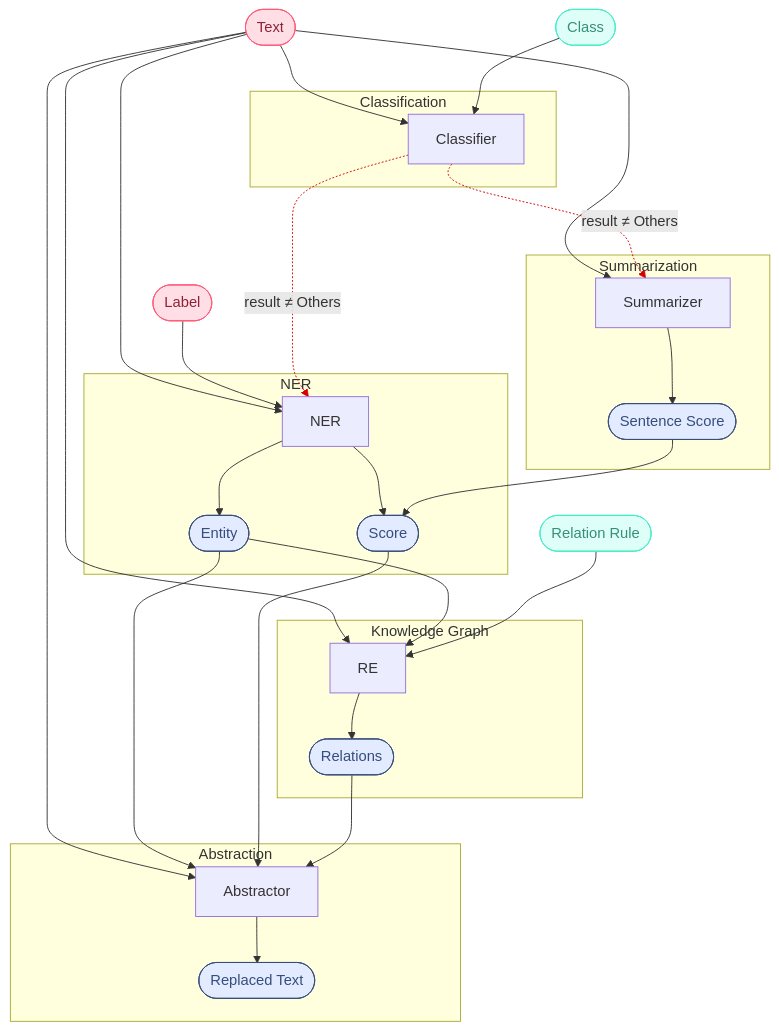
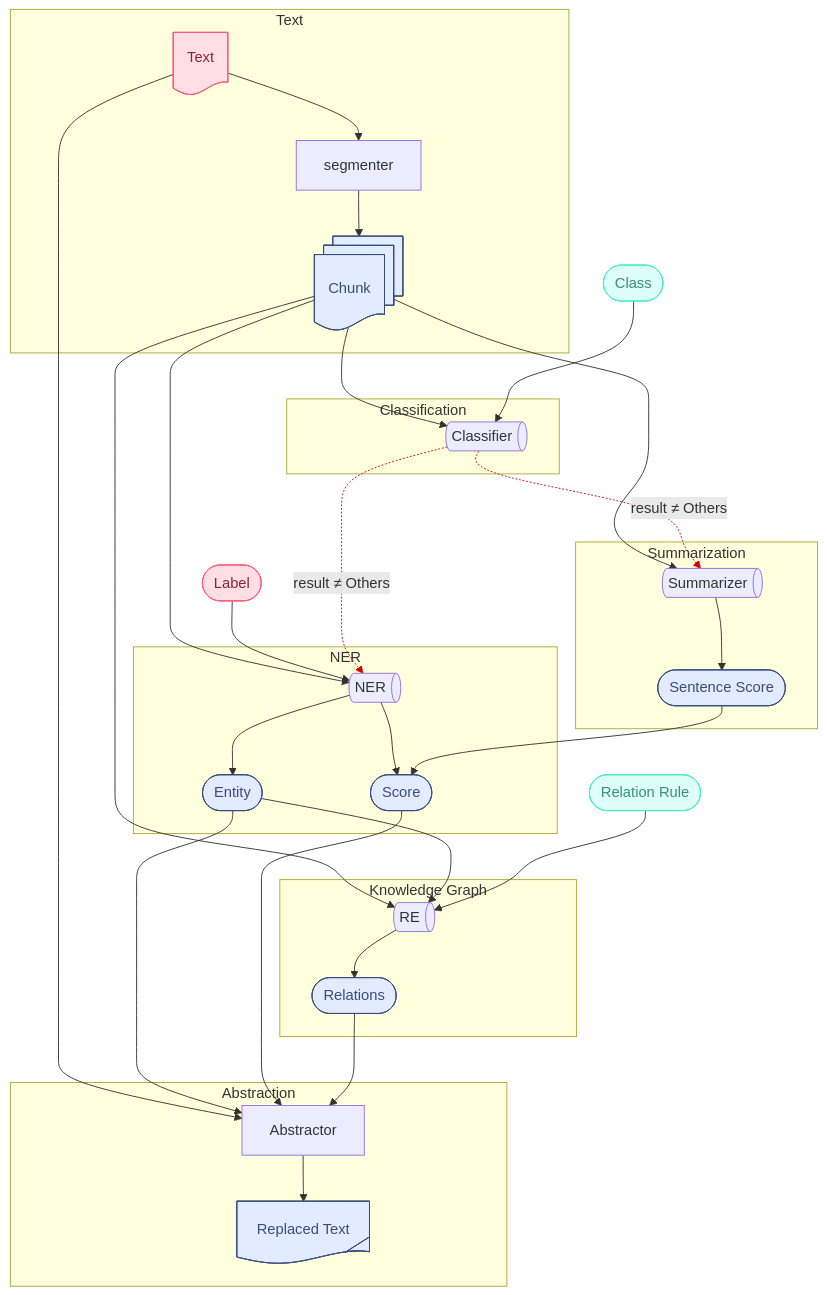
Before and after one commit to lucid327/GLiNER: the diagram in README.md, drawn with Mermaid.

````diff
--- a/README.md
+++ b/README.md
@@ -1,63 +1,74 @@
 ```mermaid
 ---
 config:
   layout: dagre
 ---
 flowchart TB
  subgraph Classification["Classification"]
         Classifier["Classifier"]
   end
  subgraph Summarization["Summarization"]
         Summarizer["Summarizer"]
         SentenceScore(["Sentence Score"])
   end
  subgraph NER_Class["NER"]
         NER["NER"]
         Entity(["Entity"])
         Score(["Score"])
   end
- subgraph s1["Knowledge Graph"]
+ subgraph KG["Knowledge Graph"]
         RE["RE"]
         Relations(["Relations"])
   end
  subgraph Abstraction["Abstraction"]
         Abstractor["Abstractor"]
-        ReplacedText(["Replaced Text"])
+        ReplacedText["Replaced Text"]
   end
-    Text(["Text"]) --> NER & Summarizer & Classifier & RE & Abstractor
+ subgraph Input["Text"]
+        Text["Text"]
+        segmenter["segmenter"]
+        Chunk["Chunk"]
+  end
+    Chunk --> NER & Summarizer & Classifier & RE
+    Text --> Abstractor & segmenter
     Label(["Label"]) --> NER
     NER --> Entity & Score
     Summarizer --> SentenceScore
     SentenceScore --> Score
     Class(["Class"]) --> Classifier
     Classifier -. result ≠ Others .-> NER & Summarizer
     Entity --> Abstractor & RE
     Score --> Abstractor
     Relations --> Abstractor
     Abstractor --> ReplacedText
     RelationRule(["Relation Rule"]) --> RE
     RE --> Relations
     Classification ~~~ NER_Class & Summarization
     Summarization ~~~ NER_Class
-    NER_Class ~~~ s1
-    s1 ~~~ Abstraction
-    Classifier@{ shape: rect}
-    Summarizer@{ shape: rect}
-    NER@{ shape: rect}
-    RE@{ shape: rect}
+    NER_Class ~~~ KG
+    KG ~~~ Abstraction
+    segmenter --> Chunk
+    Classifier@{ shape: h-cyl}
+    Summarizer@{ shape: h-cyl}
+    NER@{ shape: h-cyl}
+    RE@{ shape: h-cyl}
+    ReplacedText@{ shape: tag-doc}
+    Text@{ shape: doc}
+    Chunk@{ shape: docs}
      SentenceScore:::Sky
      Entity:::Sky
      Score:::Sky
      Relations:::Sky
      ReplacedText:::Sky
      Text:::Rose
+     Chunk:::Rose
+     Chunk:::Sky
      Label:::Rose
      Class:::Aqua
      RelationRule:::Aqua
-    classDef Rose stroke-width:1px,stroke-dasharray:none,stroke:#FF5978,fill:#FFDFE5,color:#8E2236
     classDef Aqua stroke-width:1px,stroke-dasharray:none,stroke:#46EDC8,fill:#DEFFF8,color:#378E7A
     classDef Sky stroke-width:1px, stroke-dasharray:none, stroke:#374D7C, fill:#E2EBFF, color:#374D7C
-    linkStyle 11 stroke:#D50000,fill:none
-    linkStyle 12 stroke:#D50000
-
+    classDef Rose stroke-width:1px, stroke-dasharray:none, stroke:#FF5978, fill:#FFDFE5, color:#8E2236
+    linkStyle 12 stroke:#D50000,fill:none
+    linkStyle 13 stroke:#D50000,fill:none
 ```
````
